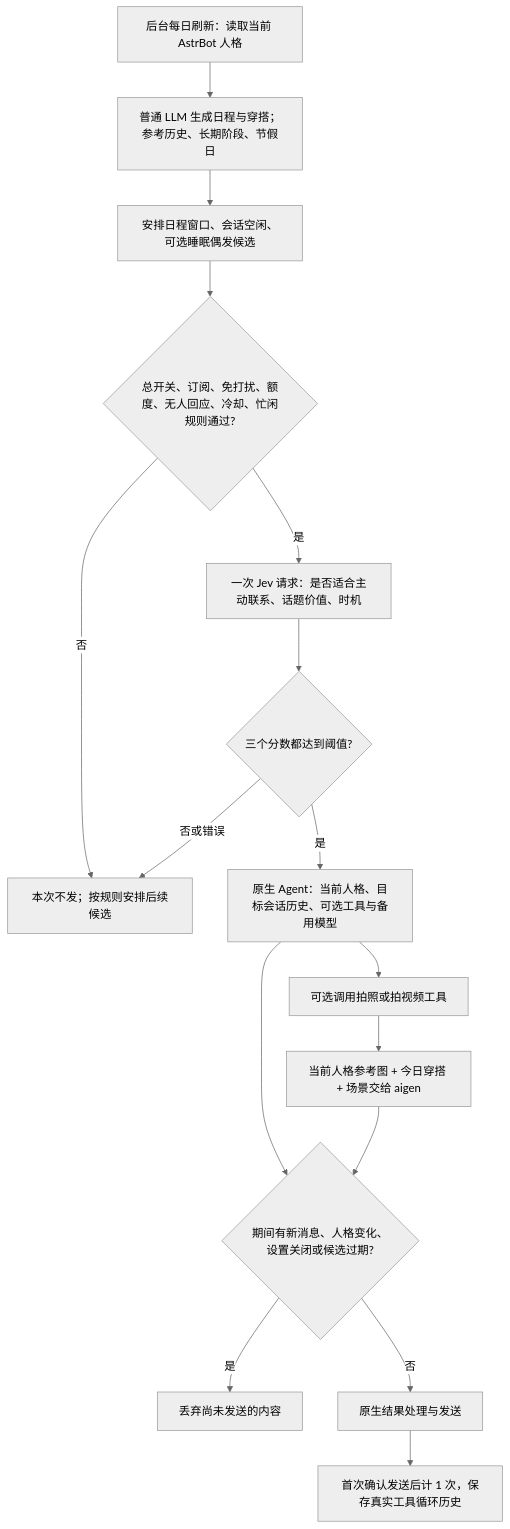
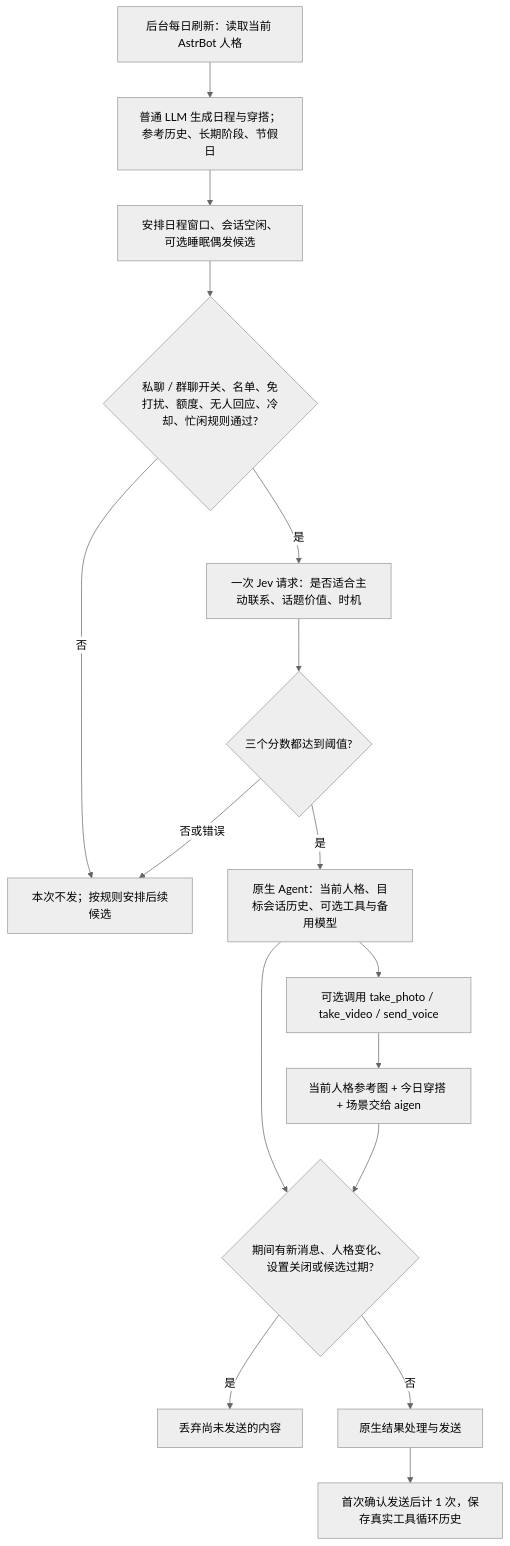
The fourth of 4 diagrams in README.md (yiyinfaith/astrbot_plugin_decision), drawn with Mermaid (neutral theme) before and after one commit. The commit also changed other lines of this file and 32 other files, not shown here.

````diff
--- a/README.md
+++ b/README.md
@@ -354,18 +366,18 @@
 ```mermaid
 flowchart TD
     A[后台每日刷新：读取当前 AstrBot 人格] --> B[普通 LLM 生成日程与穿搭；参考历史、长期阶段、节假日]
     B --> C[安排日程窗口、会话空闲、可选睡眠偶发候选]
-    C --> D{总开关、订阅、免打扰、额度、无人回应、冷却、忙闲规则通过?}
+    C --> D{私聊 / 群聊开关、名单、免打扰、额度、无人回应、冷却、忙闲规则通过?}
     D -- 否 --> E[本次不发；按规则安排后续候选]
     D -- 是 --> F[一次 Jev 请求：是否适合主动联系、话题价值、时机]
     F --> G{三个分数都达到阈值?}
     G -- 否或错误 --> E
     G -- 是 --> H[原生 Agent：当前人格、目标会话历史、可选工具与备用模型]
     H --> I{期间有新消息、人格变化、设置关闭或候选过期?}
     I -- 是 --> J[丢弃尚未发送的内容]
     I -- 否 --> K[原生结果处理与发送]
     K --> L[首次确认发送后计 1 次，保存真实工具循环历史]
-    H --> M[可选调用拍照或拍视频工具]
+    H --> M[可选调用 take_photo / take_video / send_voice]
     M --> N[当前人格参考图 + 今日穿搭 + 场景交给 aigen]
     N --> I
 ```
````
